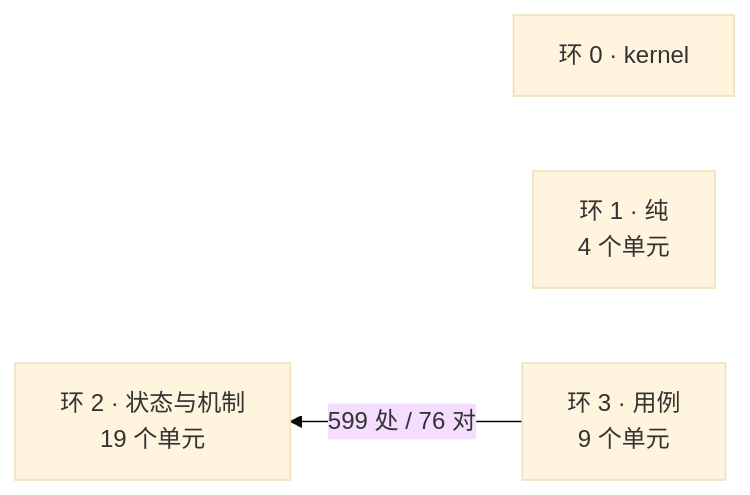
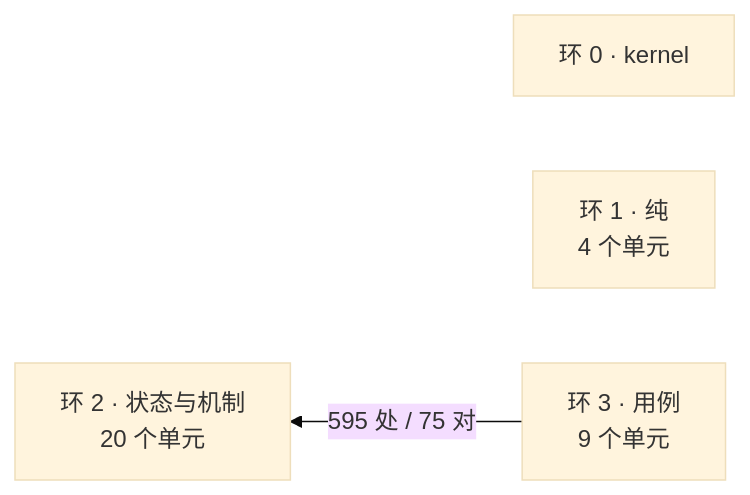
Before and after one commit to theRMM714/Solomni: the diagram in docs/architecture/dependency-map.md, drawn with Mermaid (base theme). The commit also changed other lines of this file and 63 other files, not shown here.

````diff
--- a/docs/architecture/dependency-map.md
+++ b/docs/architecture/dependency-map.md
@@ -14,8 +14,8 @@
 ```mermaid
 flowchart RL
   R0["环 0 · kernel"]
   R1["环 1 · 纯<br/>4 个单元"]
-  R2["环 2 · 状态与机制<br/>19 个单元"]
+  R2["环 2 · 状态与机制<br/>20 个单元"]
   R3["环 3 · 用例<br/>9 个单元"]
-  R3 -->|"599 处 / 76 对"| R2
+  R3 -->|"595 处 / 75 对"| R2
 ```
````
